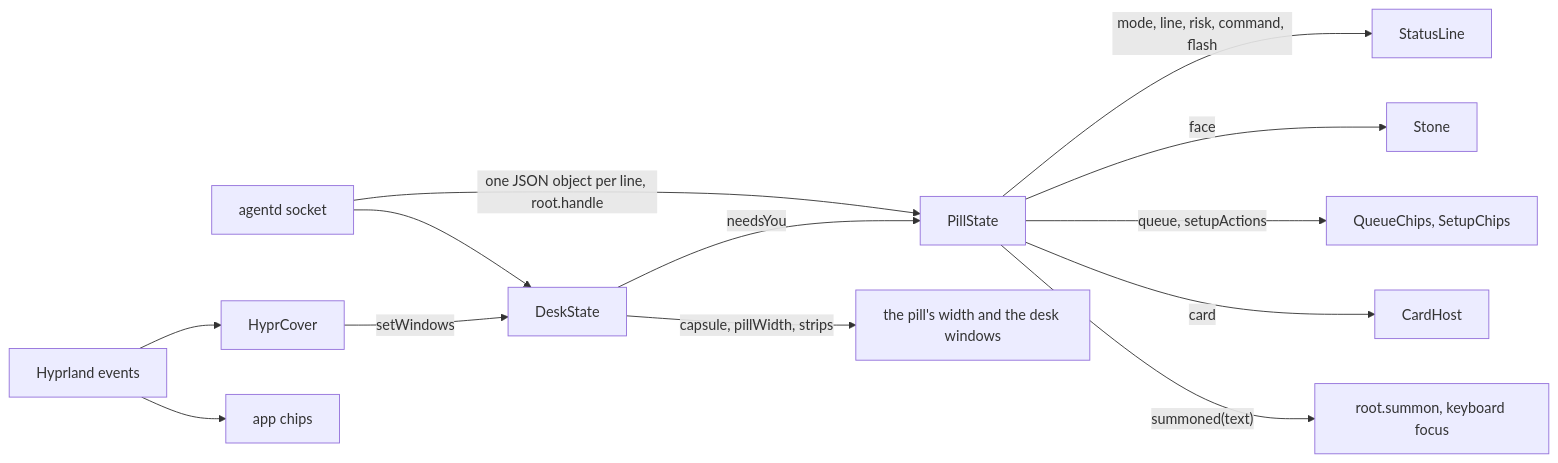
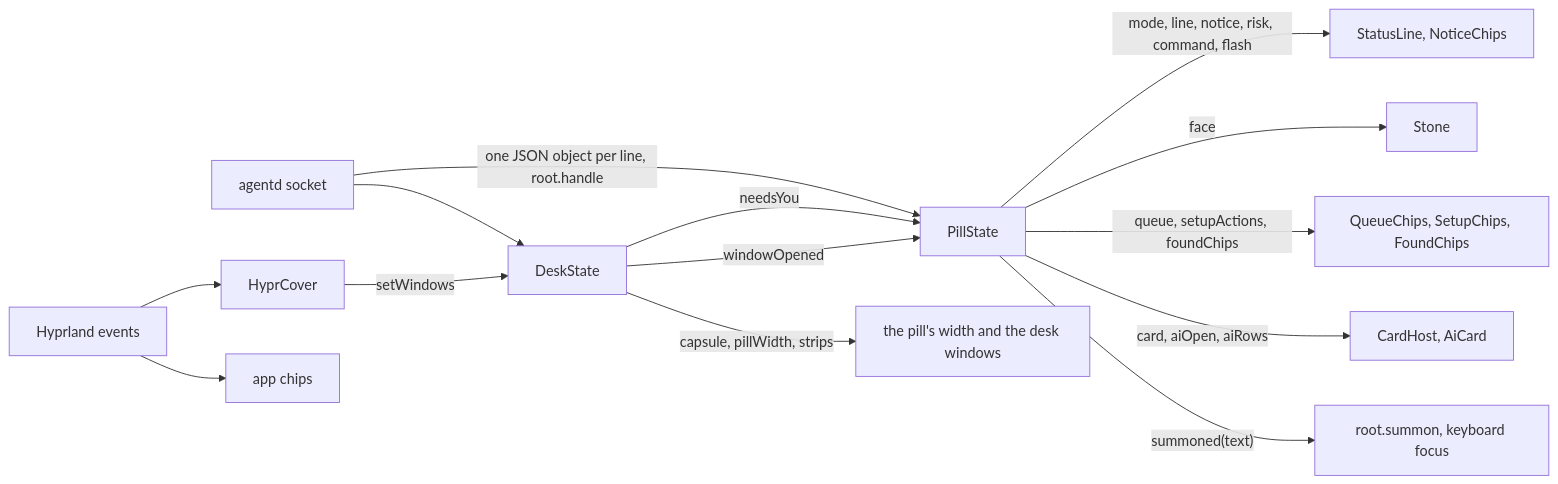
One commit to thedefaultman/Bombadil changed the first of 3 diagrams in docs/architecture/shell.md. Above: the diagram before and after it, drawn with Mermaid. The commit also changed other lines of this file and 10 other files, not shown here.

````diff
--- a/docs/architecture/shell.md
+++ b/docs/architecture/shell.md
@@ -12,15 +12,16 @@
 ```mermaid
 flowchart LR
     agentd["agentd socket"] -->|"one JSON object per line, root.handle"| pill["PillState"]
     agentd --> desk["DeskState"]
-    pill -->|"mode, line, risk, command, flash"| line["StatusLine"]
+    pill -->|"mode, line, notice, risk, command, flash"| line["StatusLine, NoticeChips"]
     pill -->|"face"| stone["Stone"]
-    pill -->|"queue, setupActions"| chips["QueueChips, SetupChips"]
-    pill -->|"card"| cards["CardHost"]
+    pill -->|"queue, setupActions, foundChips"| chips["QueueChips, SetupChips, FoundChips"]
+    pill -->|"card, aiOpen, aiRows"| cards["CardHost, AiCard"]
     pill -->|"summoned(text)"| focus["root.summon, keyboard focus"]
     desk -->|"needsYou"| pill
+    desk -->|"windowOpened"| pill
     desk -->|"capsule, pillWidth, strips"| bar["the pill's width and the desk windows"]
     hypr["Hyprland events"] --> cover["HyprCover"]
     cover -->|"setWindows"| desk
     hypr --> appchips["app chips"]
 ```
````
